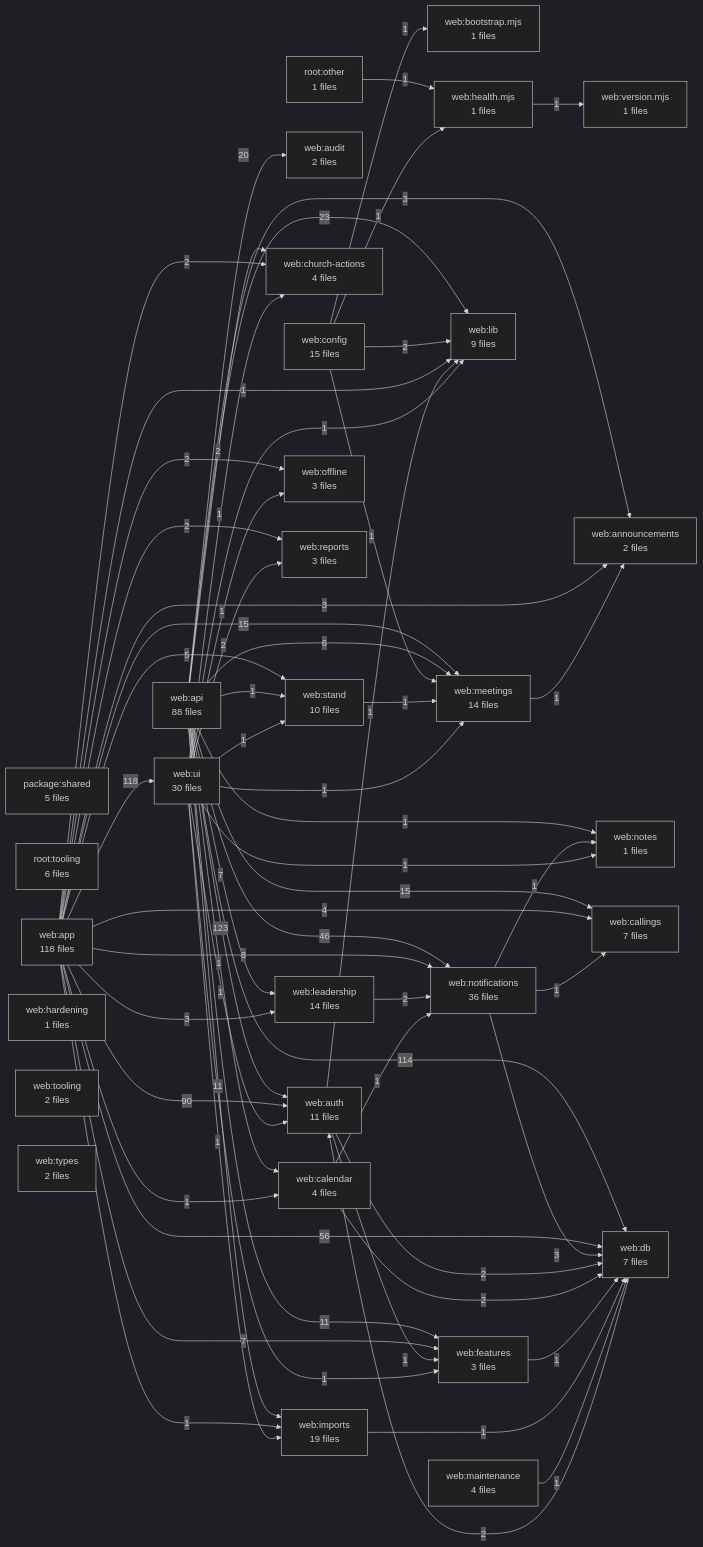
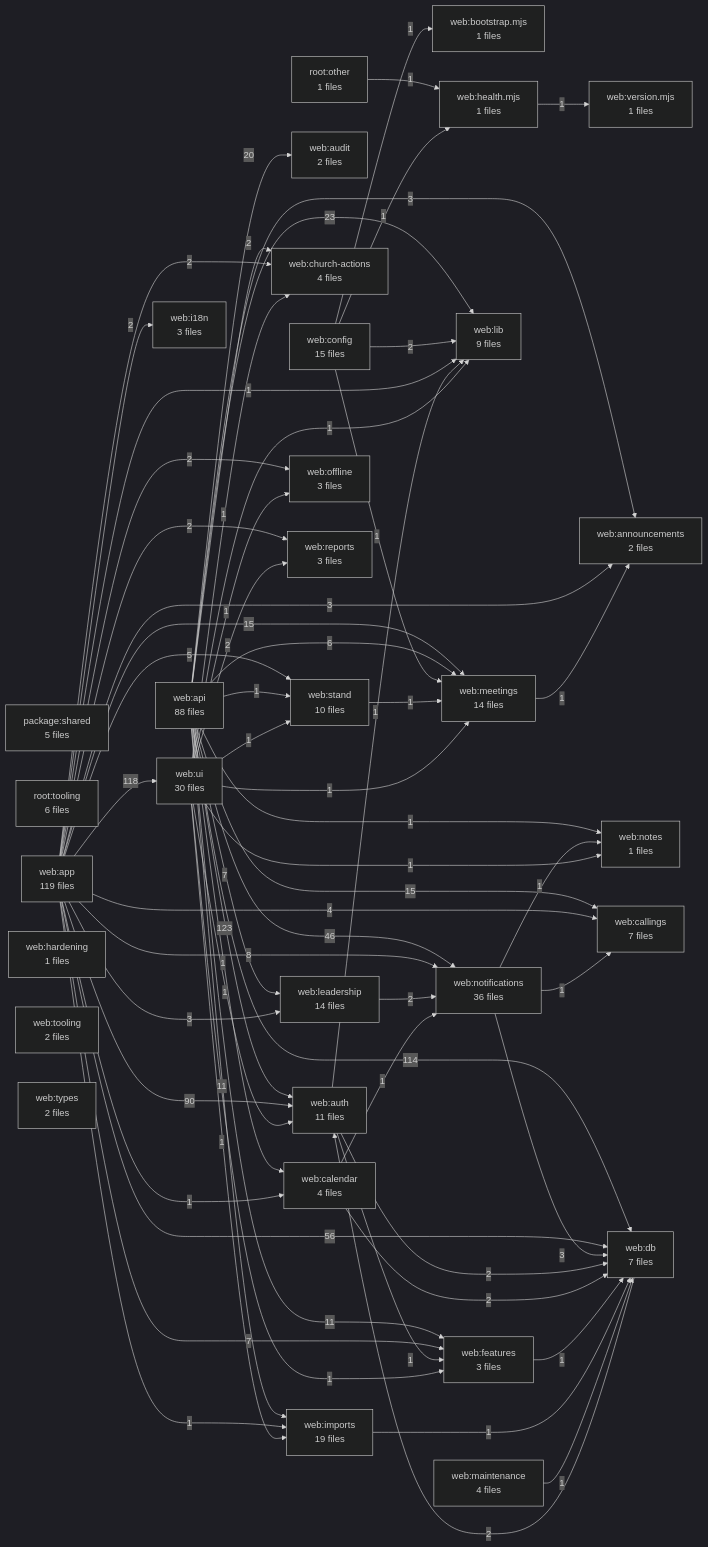
The diagram in docs/DEPENDENCY_GRAPH.md (kalebhall/the-stand), drawn with Mermaid (dark theme) before and after one commit. The commit also changed other lines of this file and 13 other files, not shown here.

````diff
--- a/docs/DEPENDENCY_GRAPH.md
+++ b/docs/DEPENDENCY_GRAPH.md
@@ -15,7 +15,7 @@
   A3["root:tooling<br/>6 files"]
   A4["web:announcements<br/>2 files"]
   A5["web:api<br/>88 files"]
-  A6["web:app<br/>118 files"]
+  A6["web:app<br/>119 files"]
   A7["web:audit<br/>2 files"]
   A8["web:auth<br/>11 files"]
   A9["web:bootstrap.mjs<br/>1 files"]
@@ -27,80 +27,82 @@
   A15["web:features<br/>3 files"]
   A16["web:hardening<br/>1 files"]
   A17["web:health.mjs<br/>1 files"]
-  A18["web:imports<br/>19 files"]
-  A19["web:leadership<br/>14 files"]
-  A20["web:lib<br/>9 files"]
-  A21["web:maintenance<br/>4 files"]
-  A22["web:meetings<br/>14 files"]
-  A23["web:notes<br/>1 files"]
-  A24["web:notifications<br/>36 files"]
-  A25["web:offline<br/>3 files"]
-  A26["web:reports<br/>3 files"]
-  A27["web:stand<br/>10 files"]
-  A28["web:tooling<br/>2 files"]
-  A29["web:types<br/>2 files"]
-  A30["web:ui<br/>30 files"]
-  A31["web:version.mjs<br/>1 files"]
+  A18["web:i18n<br/>3 files"]
+  A19["web:imports<br/>19 files"]
+  A20["web:leadership<br/>14 files"]
+  A21["web:lib<br/>9 files"]
+  A22["web:maintenance<br/>4 files"]
+  A23["web:meetings<br/>14 files"]
+  A24["web:notes<br/>1 files"]
+  A25["web:notifications<br/>36 files"]
+  A26["web:offline<br/>3 files"]
+  A27["web:reports<br/>3 files"]
+  A28["web:stand<br/>10 files"]
+  A29["web:tooling<br/>2 files"]
+  A30["web:types<br/>2 files"]
+  A31["web:ui<br/>30 files"]
+  A32["web:version.mjs<br/>1 files"]
   A5 -->|123| A8
-  A6 -->|118| A30
+  A6 -->|118| A31
   A5 -->|114| A14
   A6 -->|90| A8
   A6 -->|56| A14
-  A5 -->|46| A24
-  A5 -->|23| A20
+  A5 -->|46| A25
+  A5 -->|23| A21
   A5 -->|20| A7
   A5 -->|15| A11
-  A6 -->|15| A22
+  A6 -->|15| A23
   A5 -->|11| A15
-  A5 -->|11| A18
-  A6 -->|8| A24
-  A5 -->|7| A19
+  A5 -->|11| A19
+  A6 -->|8| A25
+  A5 -->|7| A20
   A6 -->|7| A15
-  A5 -->|6| A22
-  A6 -->|5| A27
+  A5 -->|6| A23
+  A6 -->|5| A28
   A6 -->|4| A11
   A5 -->|3| A4
   A6 -->|3| A4
-  A6 -->|3| A19
-  A24 -->|3| A14
+  A6 -->|3| A20
+  A25 -->|3| A14
   A5 -->|2| A12
   A6 -->|2| A12
-  A6 -->|2| A25
+  A6 -->|2| A18
   A6 -->|2| A26
+  A6 -->|2| A27
   A8 -->|2| A14
   A10 -->|2| A14
-  A13 -->|2| A20
+  A13 -->|2| A21
   A14 -->|2| A8
-  A19 -->|2| A24
-  A30 -->|2| A26
+  A20 -->|2| A25
+  A31 -->|2| A27
   A2 -->|1| A17
   A5 -->|1| A10
-  A5 -->|1| A23
-  A5 -->|1| A27
+  A5 -->|1| A24
+  A5 -->|1| A28
   A6 -->|1| A10
-  A6 -->|1| A18
-  A6 -->|1| A20
+  A6 -->|1| A19
+  A6 -->|1| A21
   A8 -->|1| A15
-  A8 -->|1| A20
-  A10 -->|1| A24
+  A8 -->|1| A21
+  A10 -->|1| A25
   A13 -->|1| A9
   A13 -->|1| A17
-  A13 -->|1| A22
+  A13 -->|1| A23
   A15 -->|1| A14
-  A17 -->|1| A31
-  A18 -->|1| A14
-  A21 -->|1| A14
-  A22 -->|1| A4
-  A24 -->|1| A11
-  A24 -->|1| A23
-  A27 -->|1| A22
-  A30 -->|1| A8
-  A30 -->|1| A12
-  A30 -->|1| A15
-  A30 -->|1| A18
-  A30 -->|1| A20
-  A30 -->|1| A22
-  A30 -->|1| A23
-  A30 -->|1| A25
-  A30 -->|1| A27
+  A17 -->|1| A32
+  A19 -->|1| A14
+  A22 -->|1| A14
+  A23 -->|1| A4
+  A25 -->|1| A11
+  A25 -->|1| A24
+  A28 -->|1| A23
+  A31 -->|1| A8
+  A31 -->|1| A12
+  A31 -->|1| A15
+  A31 -->|1| A19
+  A31 -->|1| A21
+  A31 -->|1| A23
+  A31 -->|1| A24
+  A31 -->|1| A26
+  A31 -->|1| A28
 ```
````
